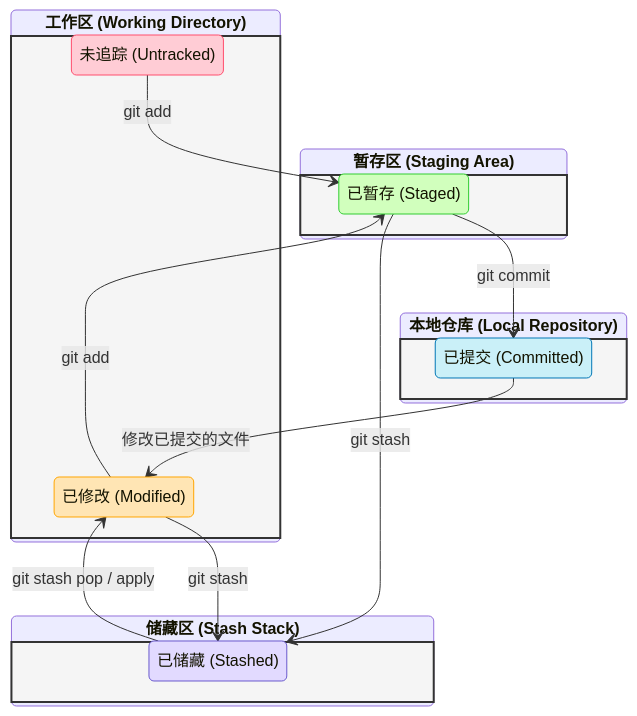
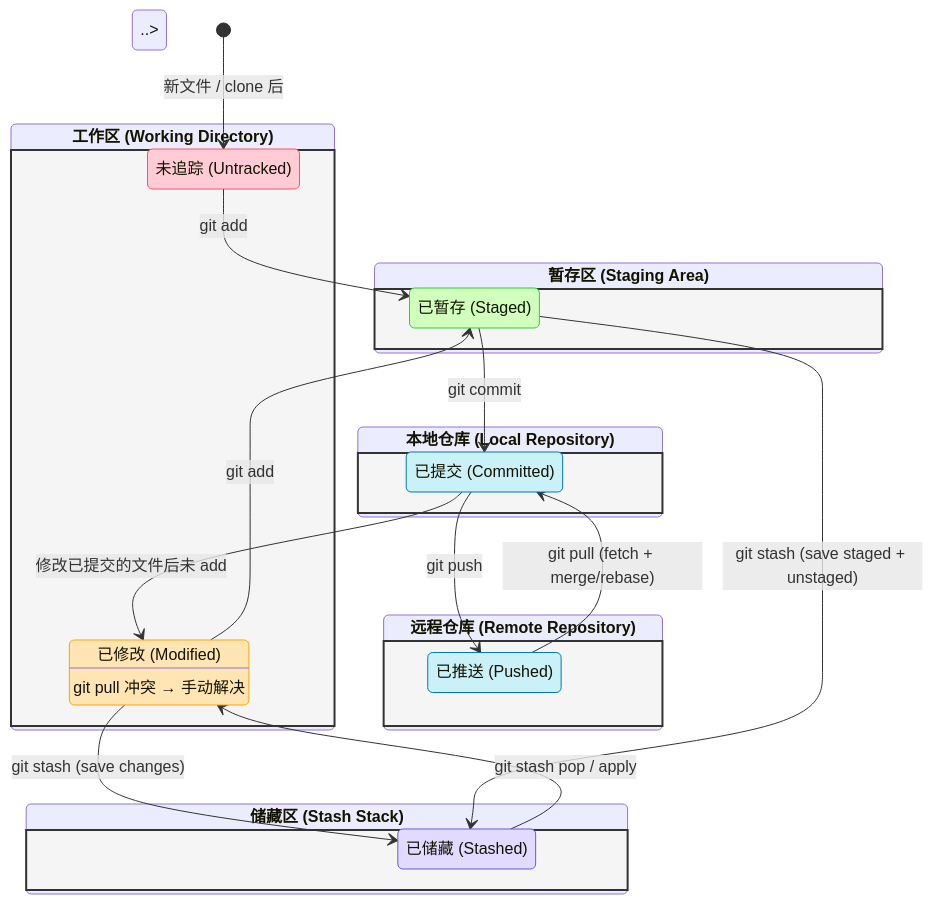
Before and after one commit to jaspercliff/jaspernote: the diagram in docs/utils/git/concept.md, drawn with Mermaid. The commit also changed 12 other files, not shown here.

````diff
--- a/docs/utils/git/concept.md
+++ b/docs/utils/git/concept.md
@@ -10,47 +10,69 @@
 ```mermaid
 stateDiagram-v2
-    %% 定义全局样式
+    %% 定义全局样式（保持你原有的颜色方案）
     classDef area fill:#f5f5f5,stroke:#333,stroke-width:2px,font-weight:bold
     classDef untracked fill:#ffccd5,stroke:#ff4d6d
     classDef modified fill:#ffe5b4,stroke:#ffa500
     classDef staged fill:#d1ffbd,stroke:#32cd32
     classDef committed fill:#caf0f8,stroke:#0077b6
     classDef stashed fill:#e2daff,stroke:#6a5acd
+    classDef pushed fill:#a5d8ff,stroke:#1e90ff  %% 新增：已推送的强调色（可选微调）
 
+    %% 工作区
     state "工作区 (Working Directory)" as WD {
         state "未追踪 (Untracked)" as UT
         state "已修改 (Modified)" as MD
     }
     class WD area
     class UT untracked
     class MD modified
 
+    %% 暂存区
     state "暂存区 (Staging Area)" as SA {
         state "已暂存 (Staged)" as ST
     }
     class SA area
     class ST staged
 
+    %% 本地仓库
     state "本地仓库 (Local Repository)" as RP {
         state "已提交 (Committed)" as UM
     }
     class RP area
     class UM committed
 
+    %% 远程仓库
+    state "远程仓库 (Remote Repository)" as RR {
+        state "已推送 (Pushed)" as UP
+    }
+    class RR area
+    class UP pushed  %% 使用新样式，或改回 committed 如果不想区分
+
+    %% 储藏区
     state "储藏区 (Stash Stack)" as SS {
         state "已储藏 (Stashed)" as SH
     }
     class SS area
     class SH stashed
 
-    %% 核心逻辑流转
+    %% 核心逻辑流转（本地部分保持原样）
     UT --> ST : git add
     MD --> ST : git add
     ST --> UM : git commit
-    UM --> MD : 修改已提交的文件
+    UM --> MD : 修改已提交的文件后未 add
 
-    %% Stash 逻辑
-    MD --> SH : git stash
-    ST --> SH : git stash
+    %% Stash 逻辑（保持原样）
+    MD --> SH : git stash (save changes)
+    ST --> SH : git stash (save staged + unstaged)
     SH --> MD : git stash pop / apply
+
+    %% 新增：push 和 pull
+    UM --> UP : git push
+    UP --> UM : git pull (fetch + merge/rebase)
+
+    %% 可选：pull 也可能导致冲突 → 回到 Modified（简化表示）
+    UP ..> MD : git pull 冲突 → 手动解决
+
+    %% 起点（可选，展示典型起点）
+    [*] --> UT : 新文件 / clone 后
 ```
````
